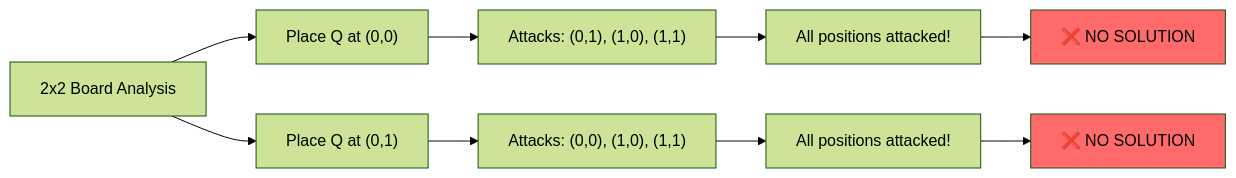
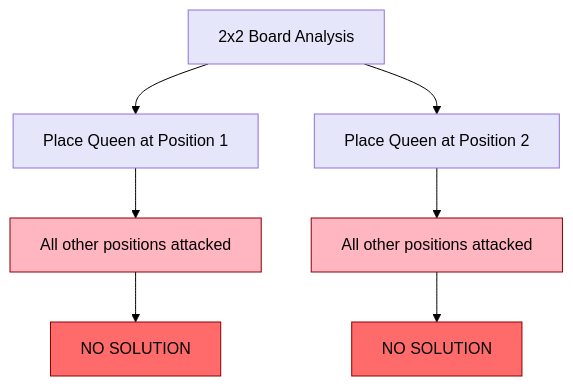
One commit to zeroisinfinity/DSA-C_Cpp changed the second of 12 diagrams in BACKTRACKING/N-queens/guide.md. Above: the diagram before and after it, drawn with Mermaid (forest theme). The commit also changed other lines of this file and 1 other file, not shown here.

````diff
--- a/BACKTRACKING/N-queens/guide.md
+++ b/BACKTRACKING/N-queens/guide.md
@@ -44,16 +56,19 @@
 ```mermaid
-graph LR
-    A["2x2 Board Analysis"] --> B["Place Q at (0,0)"]
-    B --> C["Attacks: (0,1), (1,0), (1,1)"]
-    C --> D["All positions attacked!"]
-    D --> E["❌ NO SOLUTION"]
+graph TD
+    A[2x2 Board Analysis]
+    A --> B[Place Queen at Position 1]
+    B --> C[All other positions attacked]
+    C --> D[NO SOLUTION]
     
-    F["Place Q at (0,1)"] --> G["Attacks: (0,0), (1,0), (1,1)"]
-    G --> H["All positions attacked!"]
-    H --> I["❌ NO SOLUTION"]
+    A --> E[Place Queen at Position 2]
+    E --> F[All other positions attacked]
+    F --> G[NO SOLUTION]
     
-    A --> F
-    
-    classDef impossible fill:#FF6B6B,color:#000000
-    class E,I impossible
+    style A fill:#E6E6FA,stroke:#9370DB,color:#000000
+    style B fill:#E6E6FA,stroke:#9370DB,color:#000000
+    style E fill:#E6E6FA,stroke:#9370DB,color:#000000
+    style C fill:#FFB6C1,stroke:#8B0000,color:#000000
+    style F fill:#FFB6C1,stroke:#8B0000,color:#000000
+    style D fill:#FF6B6B,stroke:#8B0000,color:#000000
+    style G fill:#FF6B6B,stroke:#8B0000,color:#000000
 ```
````
